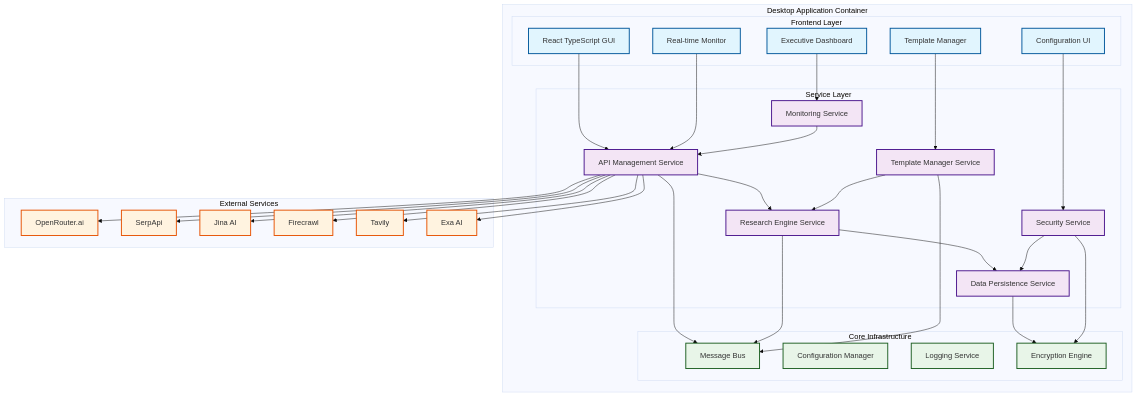
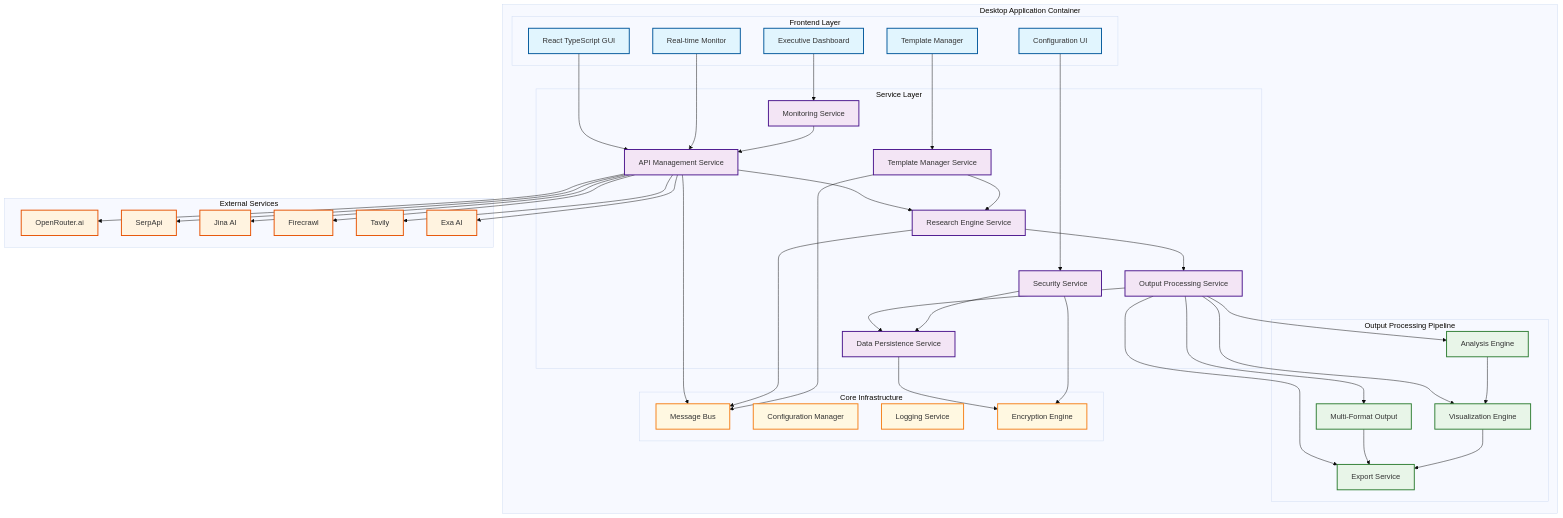
Before and after one commit to usemanusai/free-deep-research: the first of 3 diagrams in bmad-agent/free-deep-research/README.md, drawn with Mermaid (base theme). The commit also changed other lines of this file, not shown here.

First line of the commit message:
feat: add comprehensive README with output processing documentation

````diff
--- a/bmad-agent/free-deep-research/README.md
+++ b/bmad-agent/free-deep-research/README.md
@@ -95,10 +126,18 @@
         subgraph "Service Layer"
             API_MGR[API Management Service]
             RESEARCH[Research Engine Service]
+            OUTPUT[Output Processing Service]
             TEMPLATE_MGR[Template Manager Service]
             DATA[Data Persistence Service]
             MONITOR_SVC[Monitoring Service]
             SECURITY[Security Service]
+        end
+
+        subgraph "Output Processing Pipeline"
+            FORMATTER[Multi-Format Output]
+            VISUALIZER[Visualization Engine]
+            EXPORTER[Export Service]
+            ANALYZER[Analysis Engine]
         end
 
         subgraph "Core Infrastructure"
@@ -128,9 +167,19 @@
     %% Service layer connections
     API_MGR --> RESEARCH
     TEMPLATE_MGR --> RESEARCH
-    RESEARCH --> DATA
+    RESEARCH --> OUTPUT
+    OUTPUT --> DATA
     MONITOR_SVC --> API_MGR
     SECURITY --> DATA
+
+    %% Output processing pipeline
+    OUTPUT --> FORMATTER
+    OUTPUT --> VISUALIZER
+    OUTPUT --> EXPORTER
+    OUTPUT --> ANALYZER
+    FORMATTER --> EXPORTER
+    VISUALIZER --> EXPORTER
+    ANALYZER --> VISUALIZER
 
     %% Infrastructure connections
     API_MGR --> MSG_BUS
@@ -150,11 +199,13 @@
     %% Styling
     classDef frontend fill:#e1f5fe,stroke:#01579b,stroke-width:2px
     classDef service fill:#f3e5f5,stroke:#4a148c,stroke-width:2px
-    classDef infrastructure fill:#e8f5e8,stroke:#1b5e20,stroke-width:2px
+    classDef output fill:#e8f5e8,stroke:#2e7d32,stroke-width:2px
+    classDef infrastructure fill:#fff8e1,stroke:#f57f17,stroke-width:2px
     classDef external fill:#fff3e0,stroke:#e65100,stroke-width:2px
 
     class GUI,Dashboard,Templates,Monitor,Config frontend
-    class API_MGR,RESEARCH,TEMPLATE_MGR,DATA,MONITOR_SVC,SECURITY service
+    class API_MGR,RESEARCH,OUTPUT,TEMPLATE_MGR,DATA,MONITOR_SVC,SECURITY service
+    class FORMATTER,VISUALIZER,EXPORTER,ANALYZER output
     class MSG_BUS,CONFIG_MGR,LOG_SVC,CRYPTO infrastructure
     class OPENROUTER,SERPAPI,JINA,FIRECRAWL,TAVILY,EXA external
 ```
````
